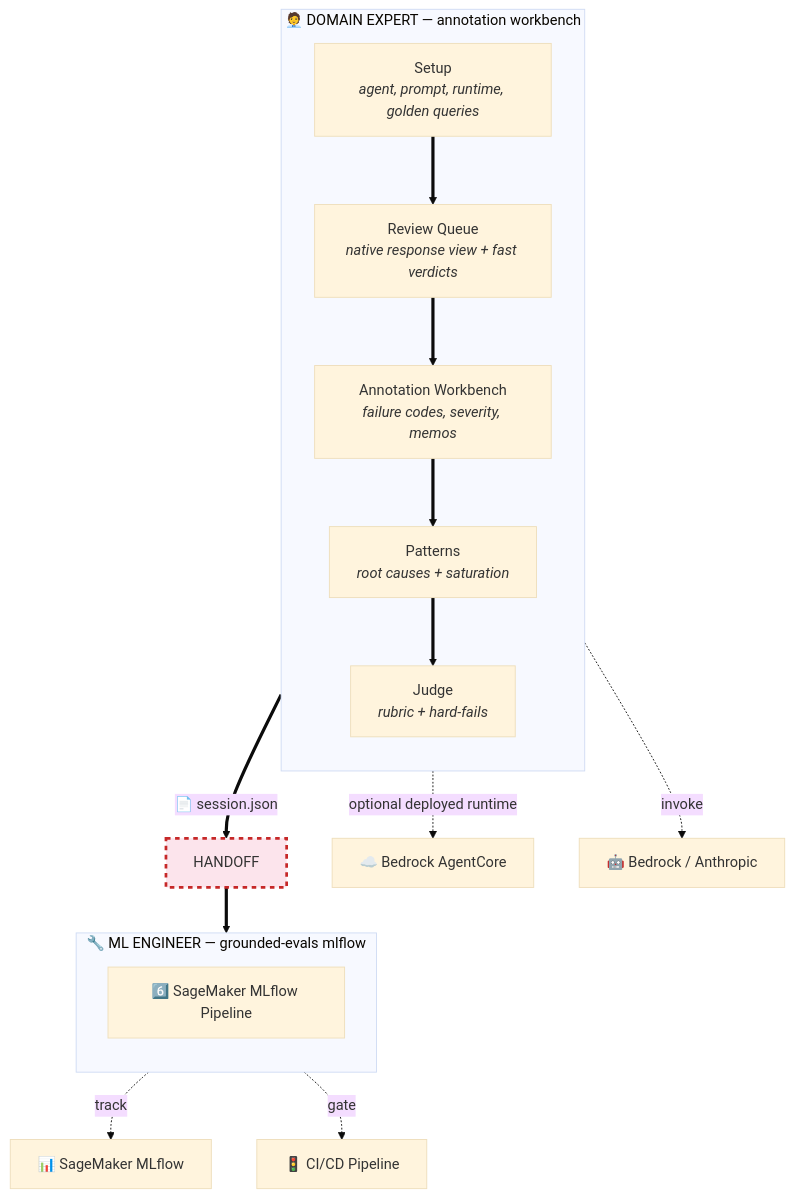
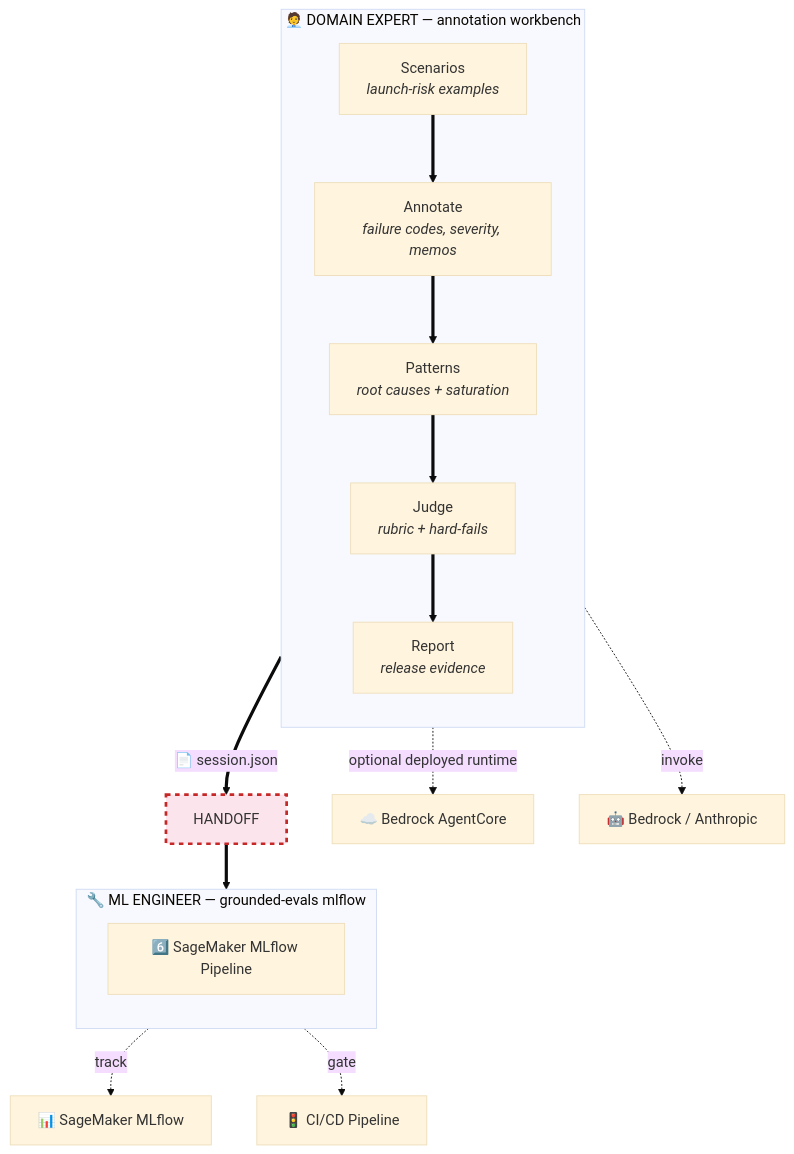
The first of 3 diagrams in README.md (aws-samples/sample-GEDD), drawn with Mermaid (base theme) before and after one commit. The commit also changed other lines of this file and 16 other files, not shown here.

````diff
--- a/README.md
+++ b/README.md
@@ -69,28 +70,28 @@
 ```mermaid
 flowchart TD
     subgraph DE["🧑‍💼 DOMAIN EXPERT — annotation workbench"]
         direction TB
-        SETUP["Setup<br/><i>agent, prompt, runtime, golden queries</i>"]
-        REVIEW["Review Queue<br/><i>native response view + fast verdicts</i>"]
-        ANNOTATE["Annotation Workbench<br/><i>failure codes, severity, memos</i>"]
+        SCENARIOS["Scenarios<br/><i>launch-risk examples</i>"]
+        ANNOTATE["Annotate<br/><i>failure codes, severity, memos</i>"]
         PATTERNS["Patterns<br/><i>root causes + saturation</i>"]
         JUDGE["Judge<br/><i>rubric + hard-fails</i>"]
-        SETUP ==> REVIEW ==> ANNOTATE ==> PATTERNS ==> JUDGE
+        REPORT["Report<br/><i>release evidence</i>"]
+        SCENARIOS ==> ANNOTATE ==> PATTERNS ==> JUDGE ==> REPORT
     end
 
-    JUDGE ==>|"📄 session.json"| HANDOFF:::handoff
+    REPORT ==>|"📄 session.json"| HANDOFF:::handoff
 
     HANDOFF ==> S6
 
     subgraph ML["🔧 ML ENGINEER — grounded-evals mlflow"]
         direction TB
         S6["6️⃣ SageMaker MLflow Pipeline"]
     end
 
-    SETUP -.->|"optional deployed runtime"| AC["☁️ Bedrock AgentCore"]
-    REVIEW -.->|"invoke"| BR["🤖 Bedrock / Anthropic"]
+    SCENARIOS -.->|"optional deployed runtime"| AC["☁️ Bedrock AgentCore"]
+    ANNOTATE -.->|"invoke"| BR["🤖 Bedrock / Anthropic"]
     S6 -.->|"track"| SM["📊 SageMaker MLflow"]
     S6 -.->|"gate"| CI["🚦 CI/CD Pipeline"]
 
     classDef handoff fill:#fce4ec,stroke:#c62828,stroke-width:3px,stroke-dasharray: 5 5
 ```
````
